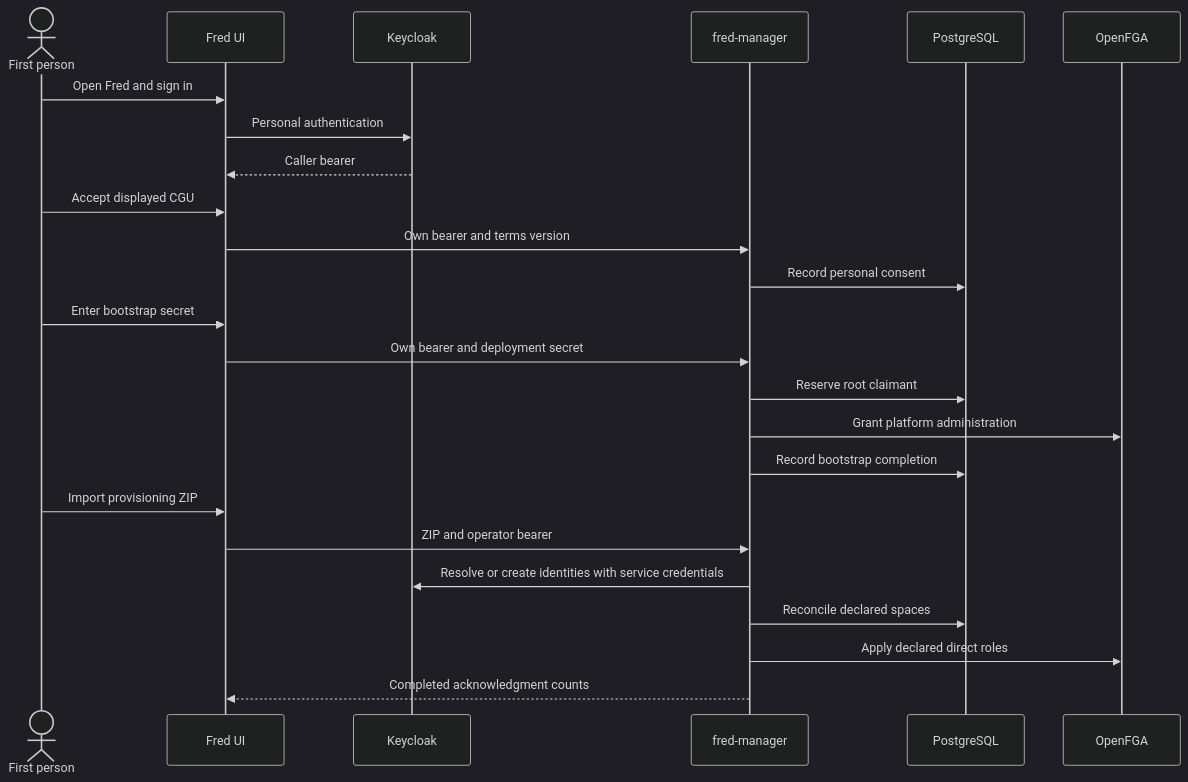
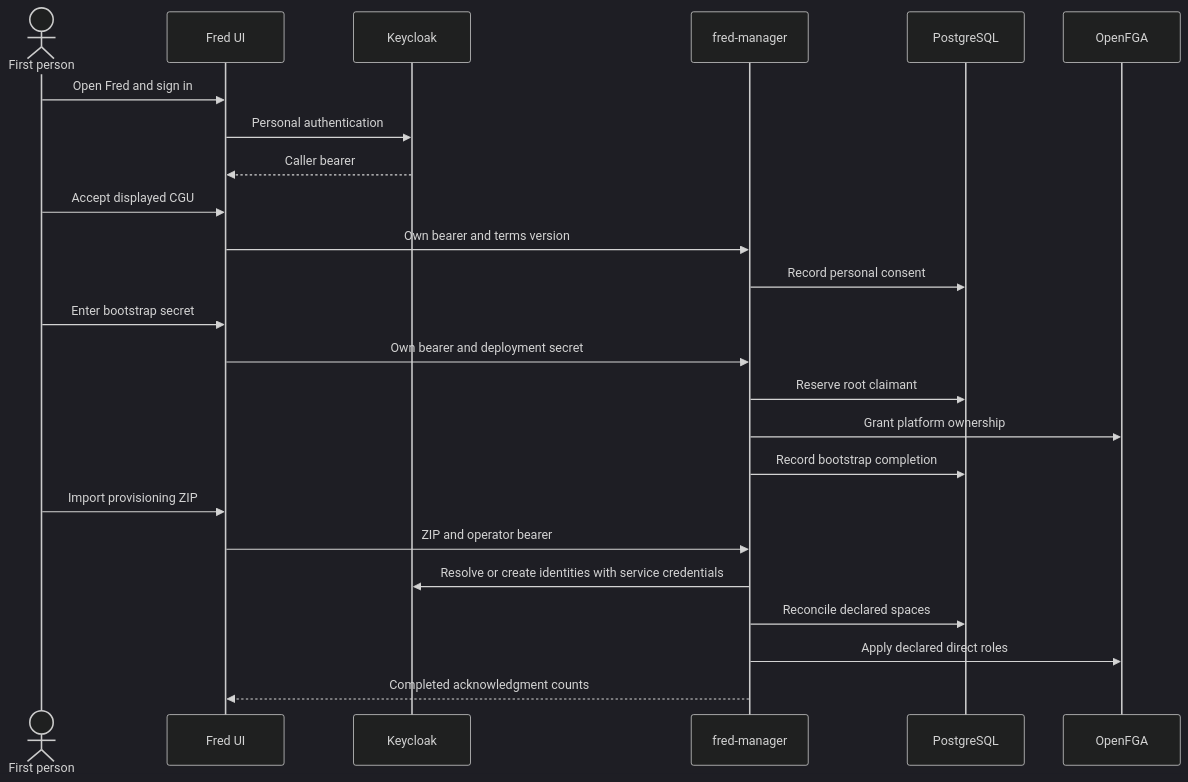
One commit to ThalesGroup/fred changed the diagram in docs/architecture/02-user-journeys.md. Above: the diagram before and after it, drawn with Mermaid (dark theme). The commit also changed other lines of this file and 36 other files, not shown here.

````diff
--- a/docs/architecture/02-user-journeys.md
+++ b/docs/architecture/02-user-journeys.md
@@ -24,26 +24,26 @@
 ```mermaid
 sequenceDiagram
     actor Root as First person
     participant UI as Fred UI
     participant KC as Keycloak
     participant M as fred-manager
     participant PG as PostgreSQL
     participant FGA as OpenFGA
     Root->>UI: Open Fred and sign in
     UI->>KC: Personal authentication
     KC-->>UI: Caller bearer
     Root->>UI: Accept displayed CGU
     UI->>M: Own bearer and terms version
     M->>PG: Record personal consent
     Root->>UI: Enter bootstrap secret
     UI->>M: Own bearer and deployment secret
     M->>PG: Reserve root claimant
-    M->>FGA: Grant platform administration
+    M->>FGA: Grant platform ownership
     M->>PG: Record bootstrap completion
     Root->>UI: Import provisioning ZIP
     UI->>M: ZIP and operator bearer
     M->>KC: Resolve or create identities with service credentials
     M->>PG: Reconcile declared spaces
     M->>FGA: Apply declared direct roles
     M-->>UI: Completed acknowledgment counts
 ```
````
